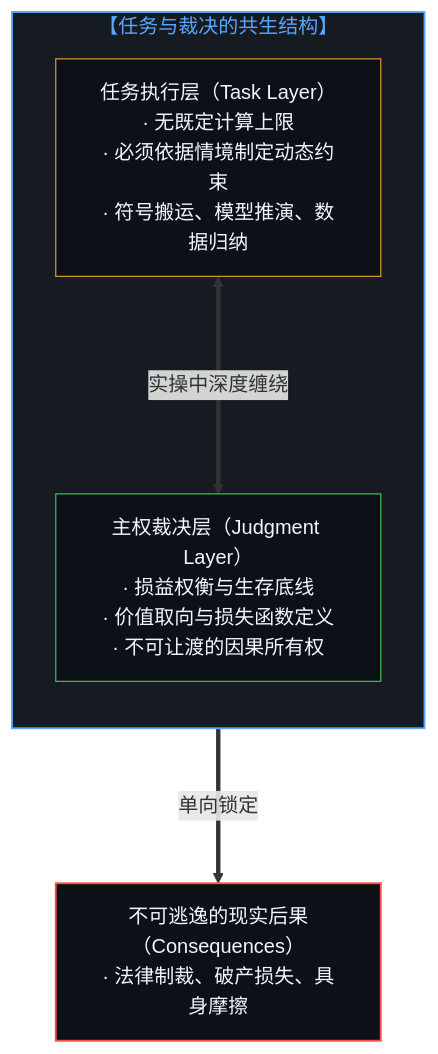
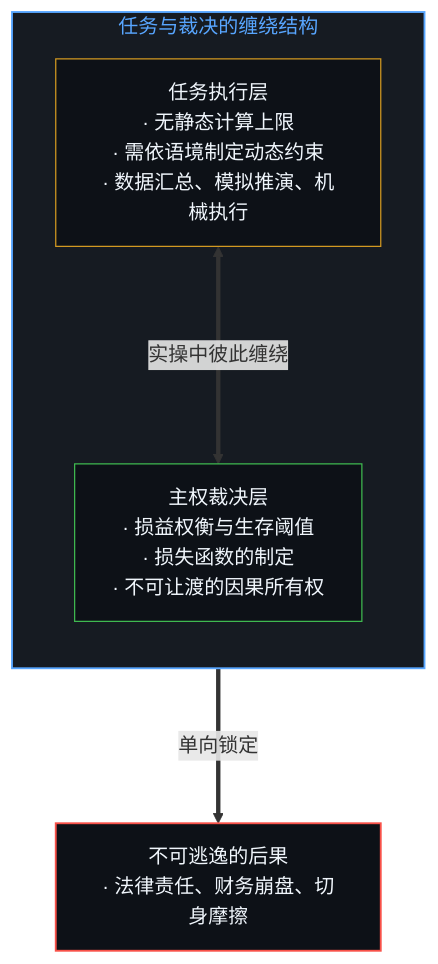
One commit to powerpig99/not-a-toe changed the third of 12 diagrams in content/posts/the-delegation-of-the-task-and-the-inalienability-of-consequences.md. Above: the diagram before and after it, drawn with Mermaid. The commit also changed other lines of this file and 1 other file, not shown here.

Commit message:
Refine L1 #8 (Wave 3): the-delegation-of-the-task-and-the-inalienability-of-consequences

````diff
--- a/content/posts/the-delegation-of-the-task-and-the-inalienability-of-consequences.md
+++ b/content/posts/the-delegation-of-the-task-and-the-inalienability-of-consequences.md
@@ -93,15 +93,15 @@
 ```mermaid
-graph TD
-    subgraph Delegation_Reality["【任务与裁决的共生结构】"]
+flowchart TD
+    subgraph S_Delegation["任务与裁决的缠绕结构"]
         direction TB
-        T["任务执行层（Task Layer）<br/>· 无既定计算上限<br/>· 必须依据情境制定动态约束<br/>· 符号搬运、模型推演、数据归纳"]
-        J["主权裁决层（Judgment Layer）<br/>· 损益权衡与生存底线<br/>· 价值取向与损失函数定义<br/>· 不可让渡的因果所有权"]
-        T <===>|"实操中深度缠绕"| J
+        T["任务执行层<br/>· 无静态计算上限<br/>· 需依语境制定动态约束<br/>· 数据汇总、模拟推演、机械执行"]
+        J["主权裁决层<br/>· 损益权衡与生存阈值<br/>· 损失函数的制定<br/>· 不可让渡的因果所有权"]
+        T <===>|"实操中彼此缠绕"| J
     end
-    J ===>|"单向锁定"| R["不可逃逸的现实后果（Consequences）<br/>· 法律制裁、破产损失、具身摩擦"]
+    J ===>|"单向锁定"| R["不可逃逸的后果<br/>· 法律责任、财务崩盘、切身摩擦"]
 
-    style Delegation_Reality fill:#161b22,stroke:#58a6ff,stroke-width:1.5px,color:#58a6ff
+    style S_Delegation fill:#161b22,stroke:#58a6ff,stroke-width:1.5px,color:#58a6ff
     style T fill:#0d1117,stroke:#d29922,stroke-width:1px,color:#f0f6fc
     style J fill:#0d1117,stroke:#3fb950,stroke-width:1px,color:#f0f6fc
     style R fill:#0d1117,stroke:#f85149,stroke-width:1.5px,color:#f0f6fc
 ```
````
